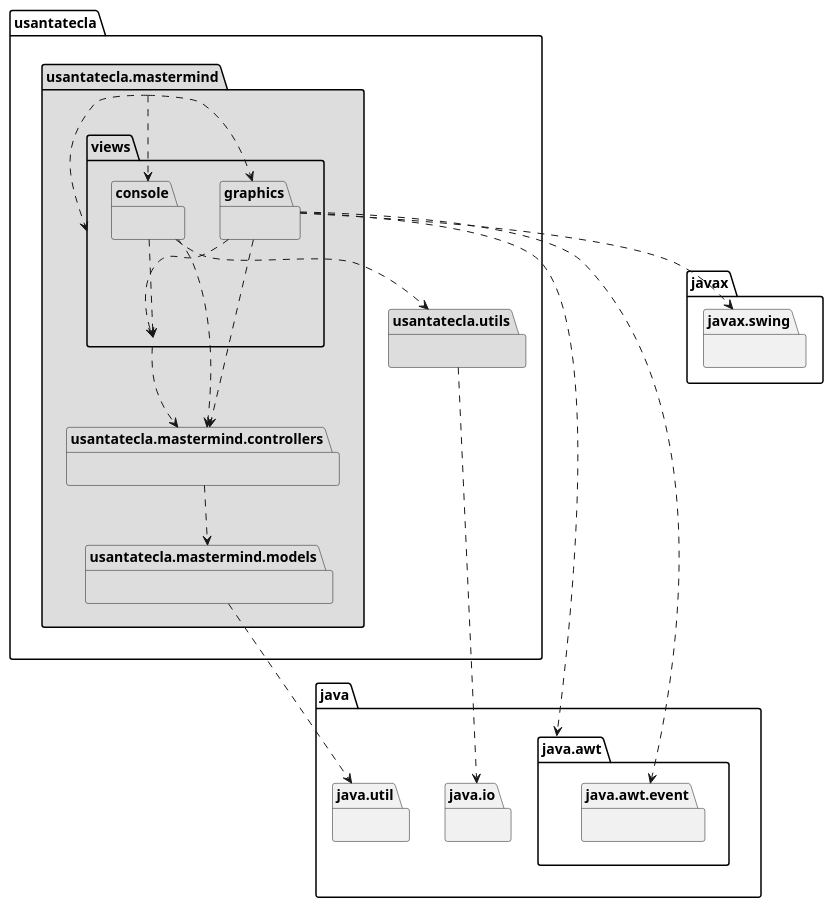
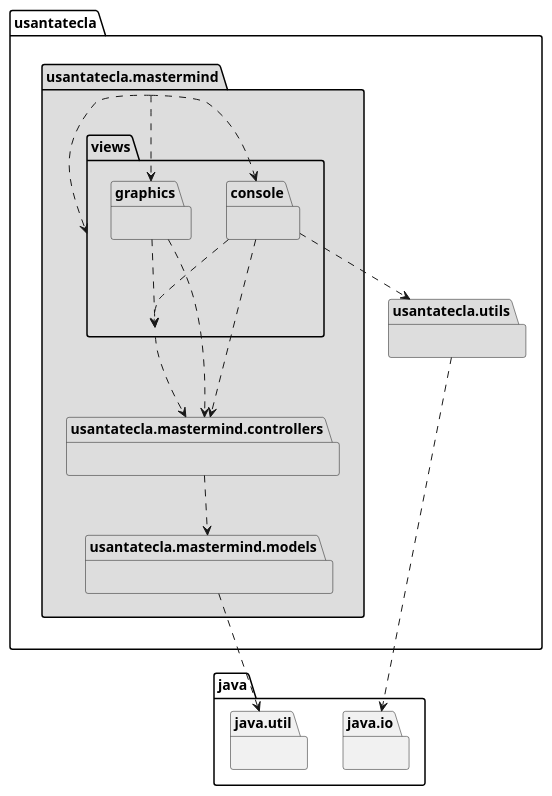
One commit to SantaTecla-mastermind/solution.java.swing.socket.sql changed the diagram in modelViewPresenter/presentationModel/basic/docs/diagrams/src/arquitectura.plantuml. Above: the diagram before and after it, drawn with PlantUML. The commit also changed 1 other file, not shown here.

```diff
--- a/modelViewPresenter/presentationModel/basic/docs/diagrams/src/arquitectura.plantuml
+++ b/modelViewPresenter/presentationModel/basic/docs/diagrams/src/arquitectura.plantuml
@@ -1,37 +1,33 @@
 @startuml arquitectura
 
 package usantatecla.mastermind #DDDDDD { }
 usantatecla.mastermind ..> usantatecla.mastermind.views
 usantatecla.mastermind ..> usantatecla.mastermind.views.console
 usantatecla.mastermind ..> usantatecla.mastermind.views.graphics
 
 package usantatecla.mastermind.models #DDDDDD { }
 package java.util{ }
 usantatecla.mastermind.models .down.> java.util
 
 package usantatecla.utils #DDDDDD { }
 package java.io{ }
 usantatecla.utils .down.> java.io
 
 package usantatecla.mastermind.views #DDDDDD { }
 
 package usantatecla.mastermind.views.graphics #DDDDDD { }
-package java.awt{ }
-usantatecla.mastermind.views.graphics .down.> java.awt
-package java.awt.event{ }
-usantatecla.mastermind.views.graphics .down.> java.awt.event
+
 usantatecla.mastermind.views.graphics .down.> usantatecla.mastermind.views
-package javax.swing{ }
-usantatecla.mastermind.views.graphics .down.> javax.swing
+
 
 package usantatecla.mastermind.views.console #DDDDDD { }
 usantatecla.mastermind.views.console .down.> usantatecla.mastermind.views
 usantatecla.mastermind.views.console .down.> usantatecla.utils
 
 package usantatecla.mastermind.controllers #DDDDDD { }
 usantatecla.mastermind.controllers .down.> usantatecla.mastermind.models
 usantatecla.mastermind.views.console .down.> usantatecla.mastermind.controllers
 usantatecla.mastermind.views.graphics .down.> usantatecla.mastermind.controllers
 usantatecla.mastermind.views .down.> usantatecla.mastermind.controllers
 
 @enduml
```
